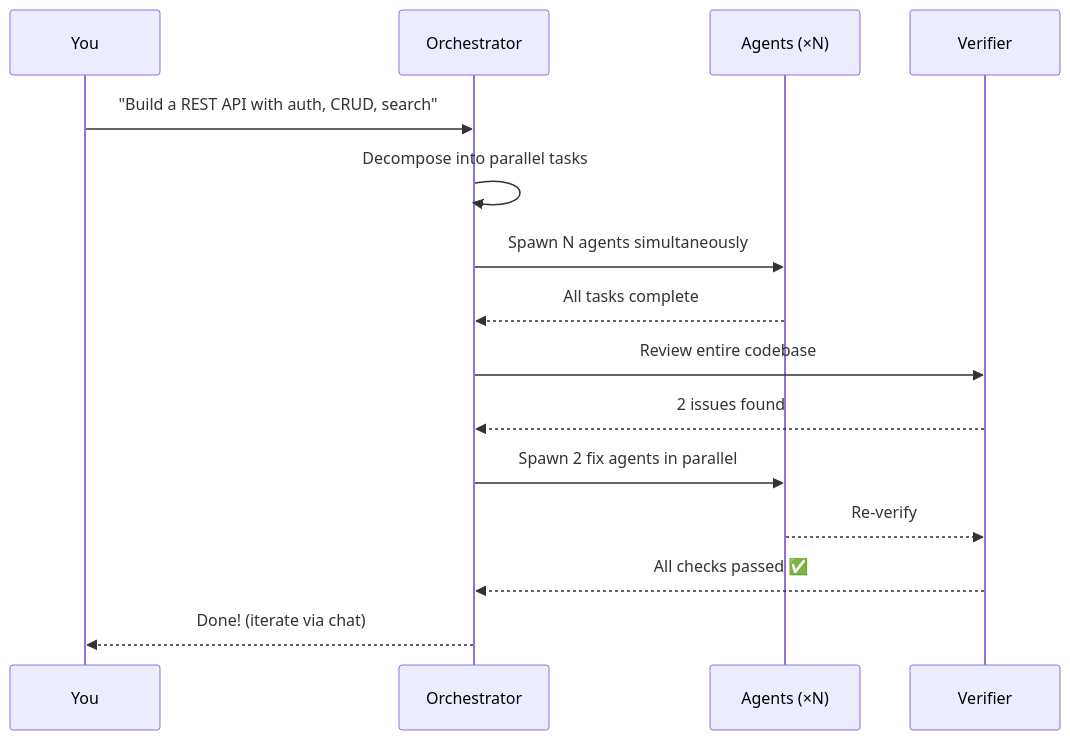
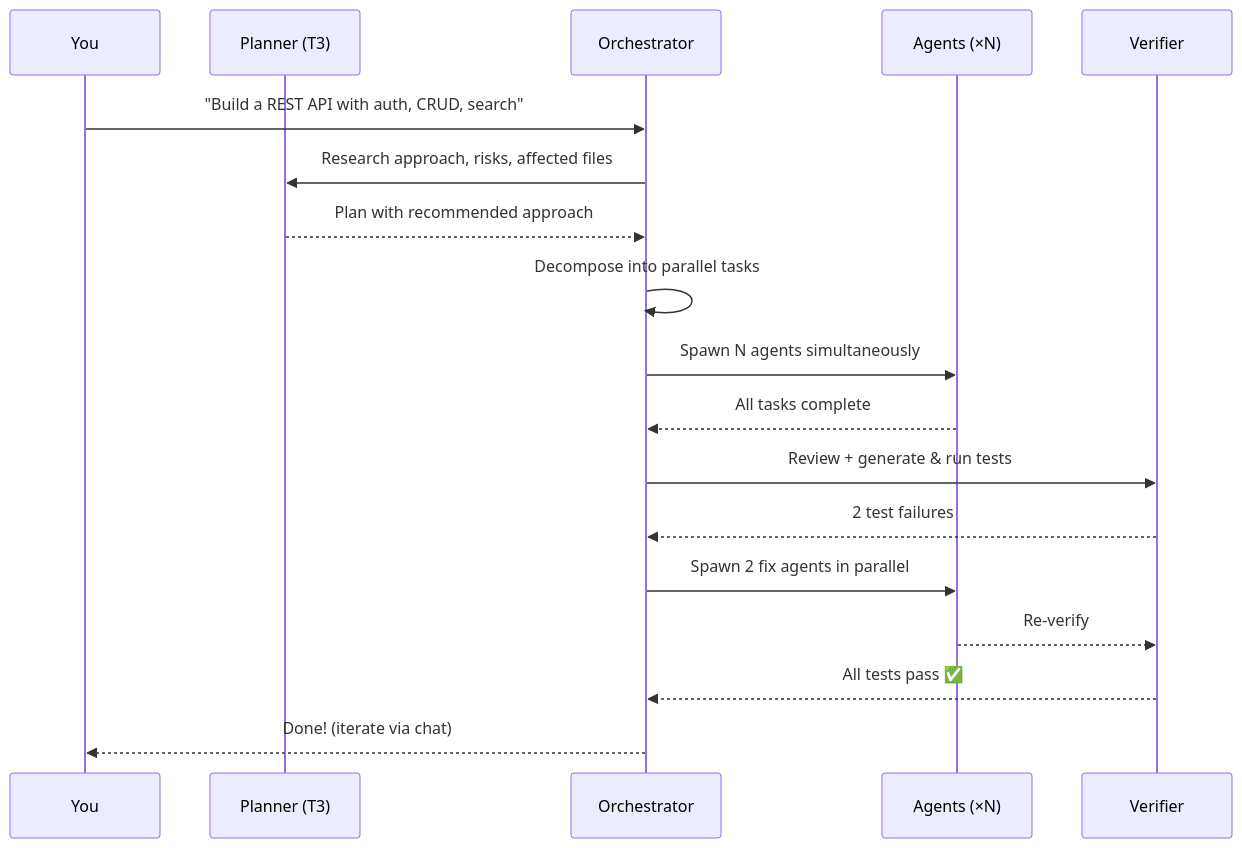
The second of 2 diagrams in README.md (MrUnreal/hAIvemind), drawn with Mermaid before and after one commit. The commit also changed other lines of this file and 38 other files, not shown here.

First line of the commit message:
feat: self-evolving hivemind — planner mode, test-driven verification, human-in-the-loop gates, streaming output, self-dev infrastructure

````diff
--- a/README.md
+++ b/README.md
@@ -70,18 +80,21 @@
 ```mermaid
 sequenceDiagram
   participant U as You
+  participant P as Planner (T3)
   participant O as Orchestrator
   participant A as Agents (×N)
   participant V as Verifier
 
   U->>O: "Build a REST API with auth, CRUD, search"
+  O->>P: Research approach, risks, affected files
+  P-->>O: Plan with recommended approach
   O->>O: Decompose into parallel tasks
   O->>A: Spawn N agents simultaneously
   A-->>O: All tasks complete
-  O->>V: Review entire codebase
-  V-->>O: 2 issues found
+  O->>V: Review + generate & run tests
+  V-->>O: 2 test failures
   O->>A: Spawn 2 fix agents in parallel
   A-->>V: Re-verify
-  V-->>O: All checks passed ✅
+  V-->>O: All tests pass ✅
   O-->>U: Done! (iterate via chat)
 ```
````
